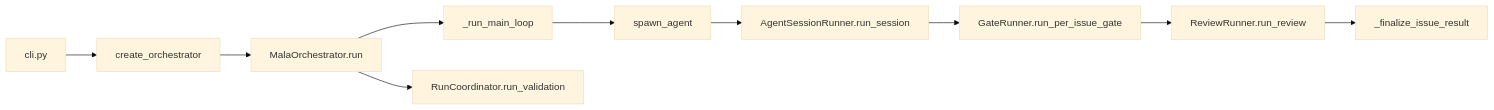
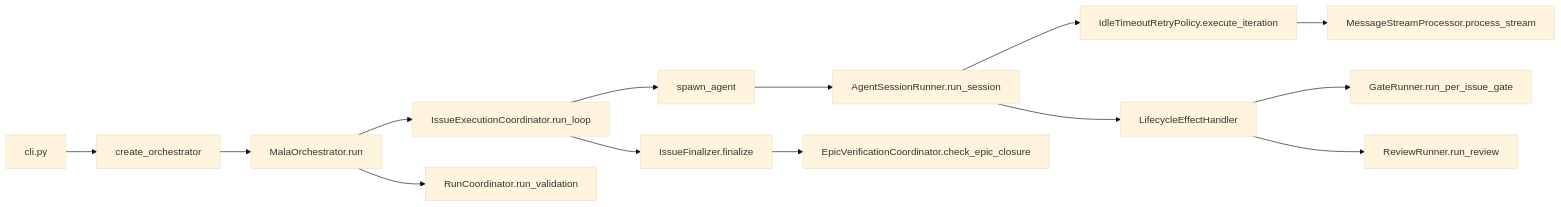
One commit to charlieyou/mala changed the second of 5 diagrams in docs/architecture.md. Above: the diagram before and after it, drawn with Mermaid (base theme). The commit also changed other lines of this file and 13 other files, not shown here.

````diff
--- a/docs/architecture.md
+++ b/docs/architecture.md
@@ -122,12 +123,16 @@
 ```mermaid
 flowchart LR
   CLI[cli.py] --> Factory[create_orchestrator]
   Factory --> Orch[MalaOrchestrator.run]
-  Orch --> MainLoop[_run_main_loop]
-  MainLoop --> Spawn[spawn_agent]
+  Orch --> Loop[IssueExecutionCoordinator.run_loop]
+  Loop --> Spawn[spawn_agent]
   Spawn --> Session[AgentSessionRunner.run_session]
-  Session --> Gate[GateRunner.run_per_issue_gate]
-  Gate --> Review[ReviewRunner.run_review]
-  Review --> Finalize[_finalize_issue_result]
+  Session --> Idle[IdleTimeoutRetryPolicy.execute_iteration]
+  Idle --> Stream[MessageStreamProcessor.process_stream]
+  Session --> Effects[LifecycleEffectHandler]
+  Effects --> Gate[GateRunner.run_per_issue_gate]
+  Effects --> Review[ReviewRunner.run_review]
+  Loop --> Finalize[IssueFinalizer.finalize]
+  Finalize --> EpicCoord[EpicVerificationCoordinator.check_epic_closure]
   Orch --> RunValidate[RunCoordinator.run_validation]
 ```
````
